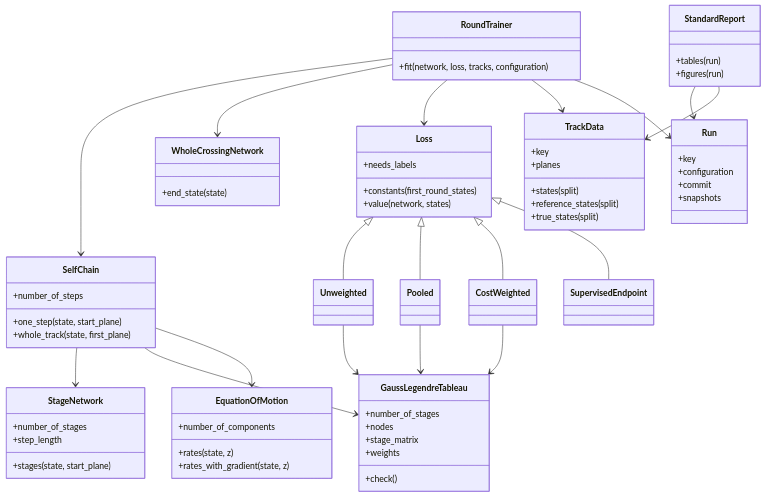
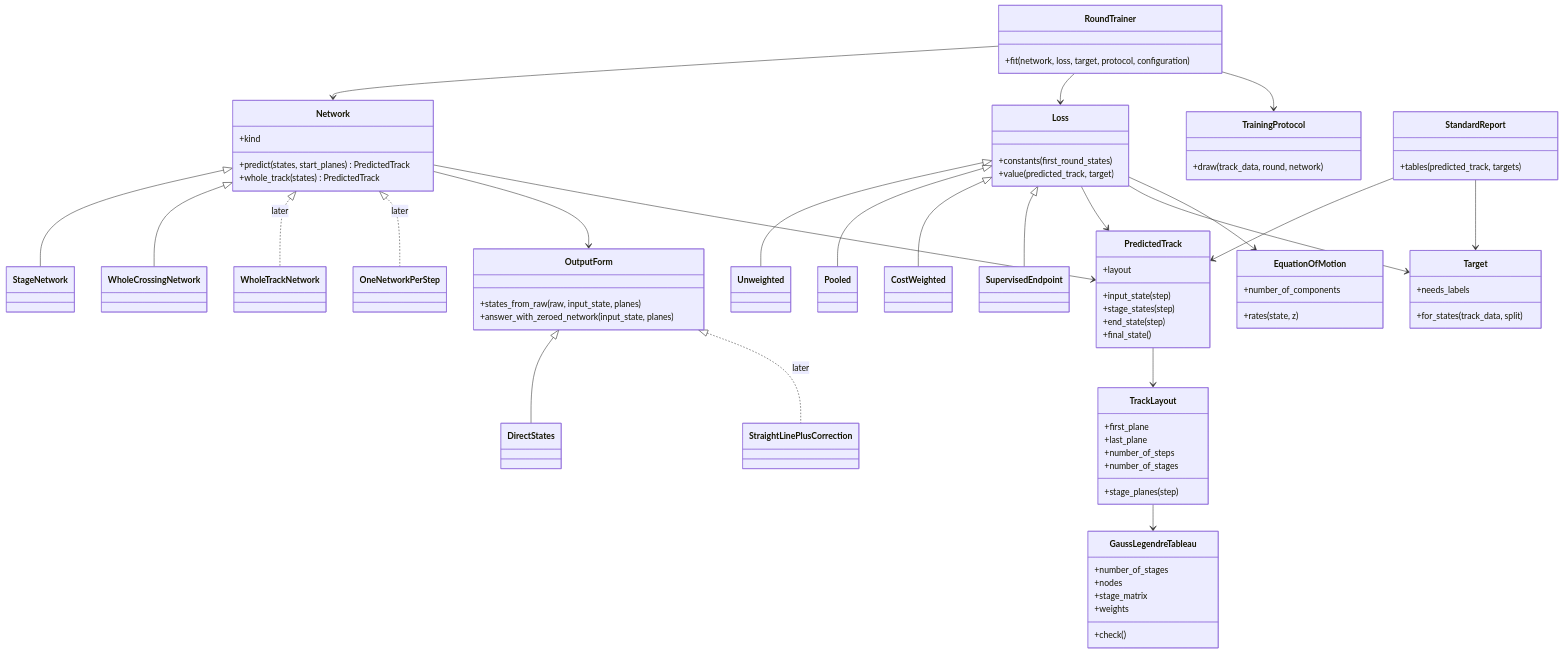
The fifth of 14 diagrams in RK_Pinn_module/PACKAGE_PLAN.md (GeorgeWilliam1999/LHCb-Extrapolation), drawn with Mermaid before and after one commit. The commit also changed other lines of this file and 21 other files, not shown here.

````diff
--- a/RK_Pinn_module/PACKAGE_PLAN.md
+++ b/RK_Pinn_module/PACKAGE_PLAN.md
@@ -274,71 +304,77 @@
 ```mermaid
 classDiagram
     class EquationOfMotion {
         +number_of_components
         +rates(state, z)
-        +rates_with_gradient(state, z)
     }
     class GaussLegendreTableau {
         +number_of_stages
         +nodes
         +stage_matrix
         +weights
         +check()
     }
-    class StageNetwork {
+    class TrackLayout {
+        +first_plane
+        +last_plane
+        +number_of_steps
         +number_of_stages
-        +step_length
-        +stages(state, start_plane)
+        +stage_planes(step)
     }
-    class SelfChain {
-        +number_of_steps
-        +one_step(state, start_plane)
-        +whole_track(state, first_plane)
+    class PredictedTrack {
+        +layout
+        +input_state(step)
+        +stage_states(step)
+        +end_state(step)
+        +final_state()
     }
-    class WholeCrossingNetwork {
-        +end_state(state)
+    class Network {
+        +kind
+        +predict(states, start_planes) PredictedTrack
+        +whole_track(states) PredictedTrack
+    }
+    class OutputForm {
+        +states_from_raw(raw, input_state, planes)
+        +answer_with_zeroed_network(input_state, planes)
+    }
+    class Target {
+        +needs_labels
+        +for_states(track_data, split)
     }
     class Loss {
-        +needs_labels
         +constants(first_round_states)
-        +value(network, states)
+        +value(predicted_track, target)
     }
-    class TrackData {
-        +key
-        +planes
-        +states(split)
-        +reference_states(split)
-        +true_states(split)
+    class TrainingProtocol {
+        +draw(track_data, round, network)
     }
     class RoundTrainer {
-        +fit(network, loss, tracks, configuration)
-    }
-    class Run {
-        +key
-        +configuration
-        +commit
-        +snapshots
+        +fit(network, loss, target, protocol, configuration)
     }
     class StandardReport {
-        +tables(run)
-        +figures(run)
+        +tables(predicted_track, targets)
     }
 
-    SelfChain --> StageNetwork
-    SelfChain --> GaussLegendreTableau
-    SelfChain --> EquationOfMotion
+    Network <|-- StageNetwork
+    Network <|-- WholeCrossingNetwork
+    Network <|.. WholeTrackNetwork : later
+    Network <|.. OneNetworkPerStep : later
+    OutputForm <|-- DirectStates
+    OutputForm <|.. StraightLinePlusCorrection : later
+    Network --> OutputForm
+    Network --> PredictedTrack
+    PredictedTrack --> TrackLayout
+    TrackLayout --> GaussLegendreTableau
     Loss <|-- Unweighted
     Loss <|-- Pooled
     Loss <|-- CostWeighted
     Loss <|-- SupervisedEndpoint
-    Unweighted --> GaussLegendreTableau
-    Pooled --> GaussLegendreTableau
-    CostWeighted --> GaussLegendreTableau
-    RoundTrainer --> SelfChain
-    RoundTrainer --> WholeCrossingNetwork
+    Loss --> PredictedTrack
+    Loss --> Target
+    Loss --> EquationOfMotion
+    RoundTrainer --> Network
     RoundTrainer --> Loss
-    RoundTrainer --> TrackData
-    RoundTrainer --> Run
-    StandardReport --> Run
-    StandardReport --> TrackData
+    RoundTrainer --> TrainingProtocol
+    StandardReport --> PredictedTrack
+    StandardReport --> Target
 ```
````
